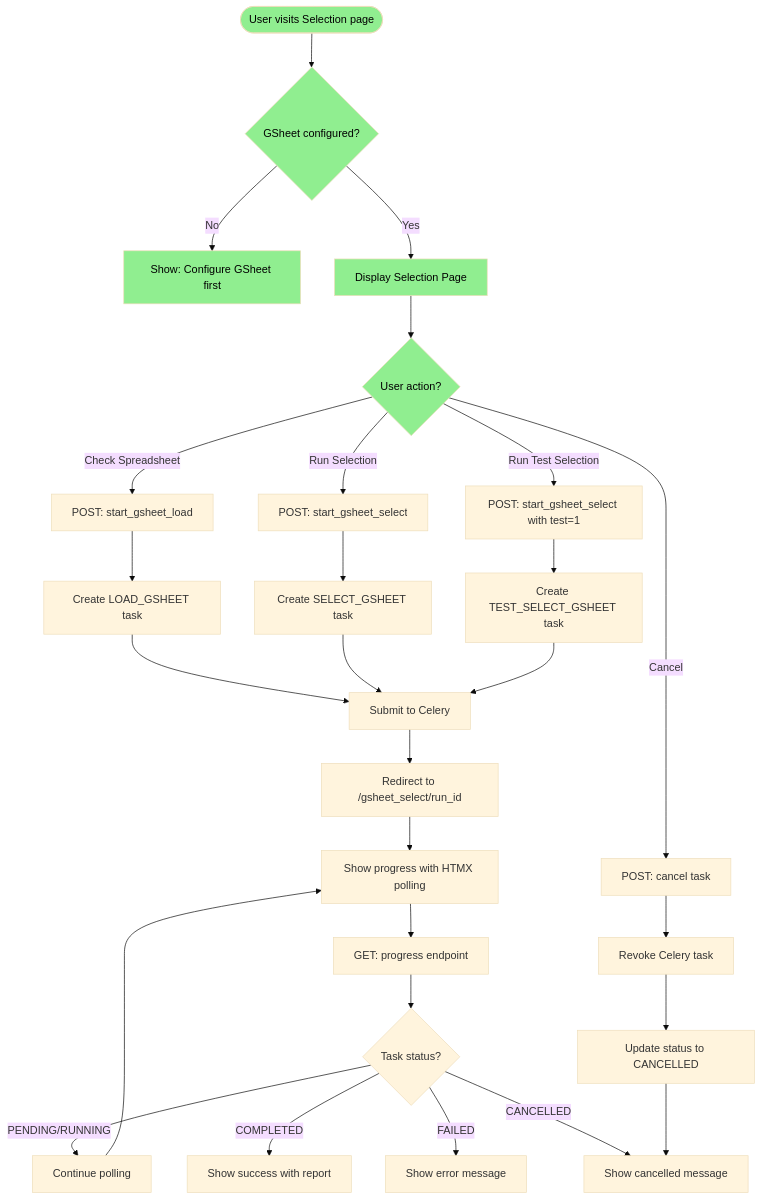
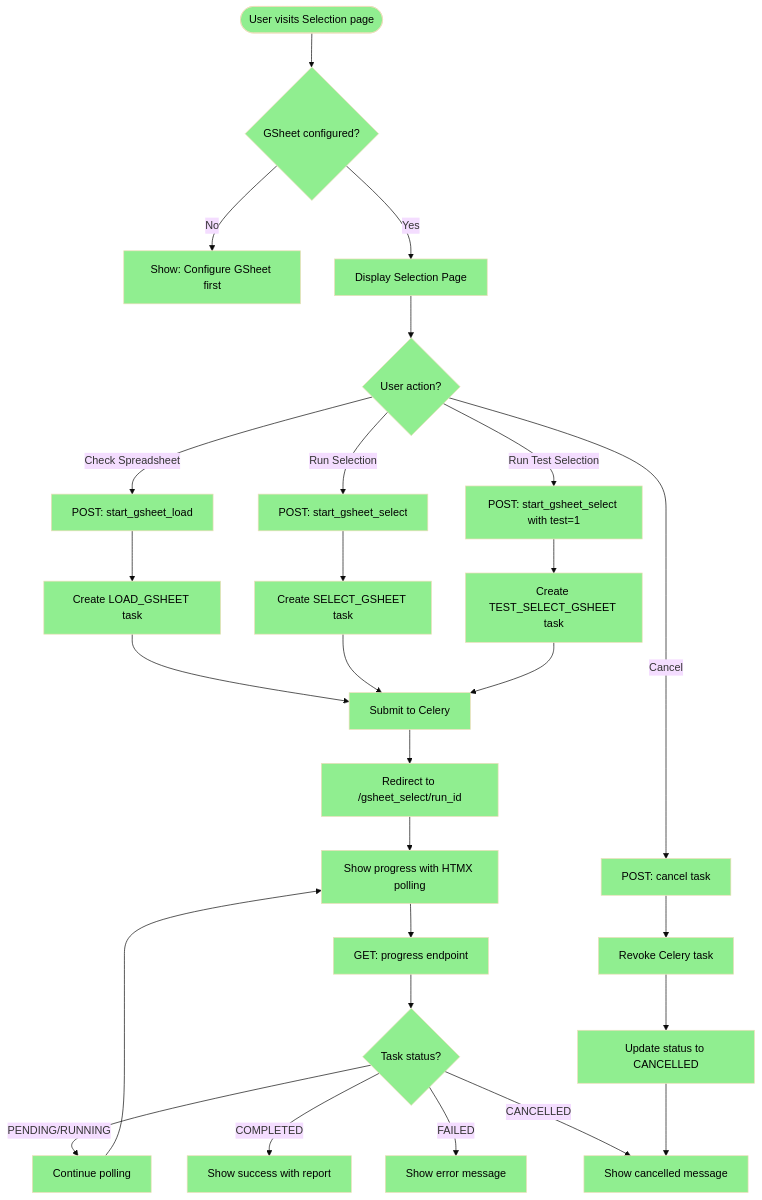
The first of 3 diagrams in backend/docs/agent/selection-tab-spec.md (sortitionfoundation/opendlp), drawn with Mermaid (base theme) before and after one commit. The commit also changed other lines of this file and 9 other files, not shown here.

First line of the commit message:
Add Selection tab Phase 2: initial selection functionality

````diff
--- a/backend/docs/agent/selection-tab-spec.md
+++ b/backend/docs/agent/selection-tab-spec.md
@@ -121,47 +121,67 @@
 ```mermaid
 flowchart TD
     Start([User visits Selection page]) --> CheckGSheet{GSheet configured?}
 
     CheckGSheet -->|No| ShowNoConfig[Show: Configure GSheet first]
     CheckGSheet -->|Yes| ShowSelectionPage[Display Selection Page]
 
     ShowSelectionPage --> UserAction{User action?}
 
     UserAction -->|Check Spreadsheet| StartLoad[POST: start_gsheet_load]
     UserAction -->|Run Selection| StartSelect[POST: start_gsheet_select]
     UserAction -->|Run Test Selection| StartTestSelect[POST: start_gsheet_select with test=1]
     UserAction -->|Cancel| CancelTask[POST: cancel task]
 
     StartLoad --> CreateLoadTask[Create LOAD_GSHEET task]
     StartSelect --> CreateSelectTask[Create SELECT_GSHEET task]
     StartTestSelect --> CreateTestTask[Create TEST_SELECT_GSHEET task]
 
     CreateLoadTask --> SubmitCelery[Submit to Celery]
     CreateSelectTask --> SubmitCelery
     CreateTestTask --> SubmitCelery
 
     SubmitCelery --> RedirectWithRunId[Redirect to /gsheet_select/run_id]
 
     RedirectWithRunId --> ShowProgress[Show progress with HTMX polling]
 
     ShowProgress --> PollProgress[GET: progress endpoint]
     PollProgress --> CheckStatus{Task status?}
 
     CheckStatus -->|PENDING/RUNNING| ContinuePolling[Continue polling]
     ContinuePolling --> ShowProgress
 
     CheckStatus -->|COMPLETED| ShowSuccess[Show success with report]
     CheckStatus -->|FAILED| ShowError[Show error message]
     CheckStatus -->|CANCELLED| ShowCancelled[Show cancelled message]
 
     CancelTask --> RevokeTask[Revoke Celery task]
     RevokeTask --> UpdateStatus[Update status to CANCELLED]
     UpdateStatus --> ShowCancelled
 
     %% Phase 1 Complete: Basic page structure
     style Start fill:#90EE90,color:#000000
     style CheckGSheet fill:#90EE90,color:#000000
     style ShowNoConfig fill:#90EE90,color:#000000
     style ShowSelectionPage fill:#90EE90,color:#000000
     style UserAction fill:#90EE90,color:#000000
+
+    %% Phase 2 Complete: Initial Selection functionality
+    style StartLoad fill:#90EE90,color:#000000
+    style StartSelect fill:#90EE90,color:#000000
+    style StartTestSelect fill:#90EE90,color:#000000
+    style CancelTask fill:#90EE90,color:#000000
+    style CreateLoadTask fill:#90EE90,color:#000000
+    style CreateSelectTask fill:#90EE90,color:#000000
+    style CreateTestTask fill:#90EE90,color:#000000
+    style SubmitCelery fill:#90EE90,color:#000000
+    style RedirectWithRunId fill:#90EE90,color:#000000
+    style ShowProgress fill:#90EE90,color:#000000
+    style PollProgress fill:#90EE90,color:#000000
+    style CheckStatus fill:#90EE90,color:#000000
+    style ContinuePolling fill:#90EE90,color:#000000
+    style ShowSuccess fill:#90EE90,color:#000000
+    style ShowError fill:#90EE90,color:#000000
+    style ShowCancelled fill:#90EE90,color:#000000
+    style RevokeTask fill:#90EE90,color:#000000
+    style UpdateStatus fill:#90EE90,color:#000000
 ```
````
